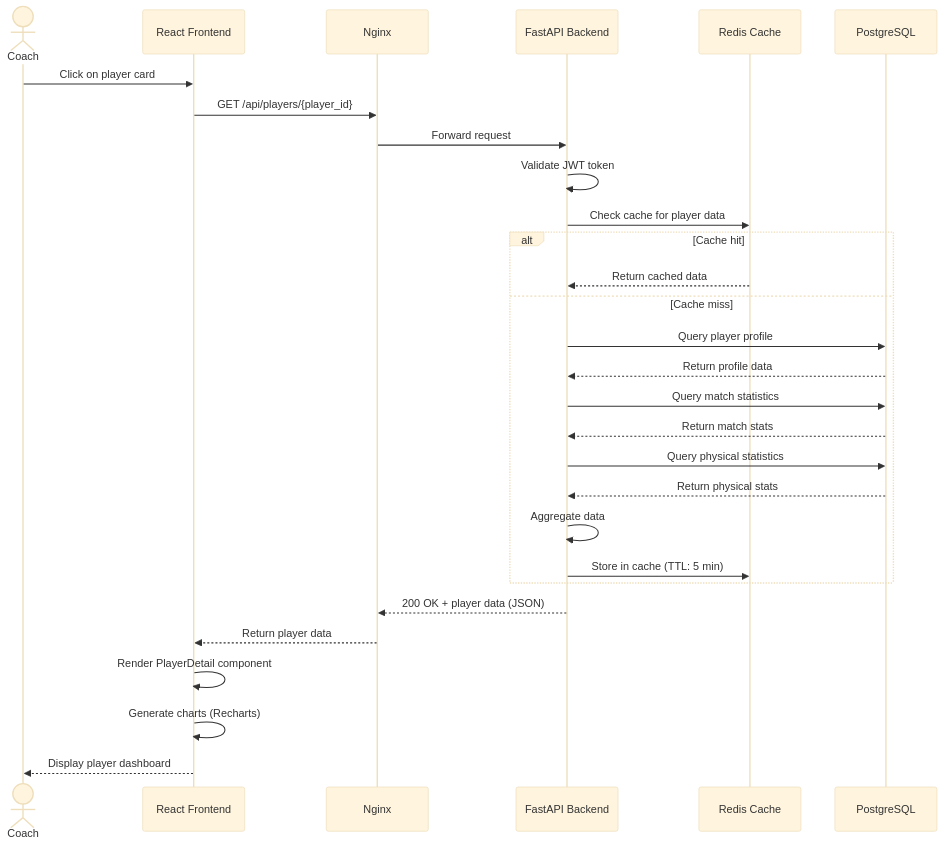
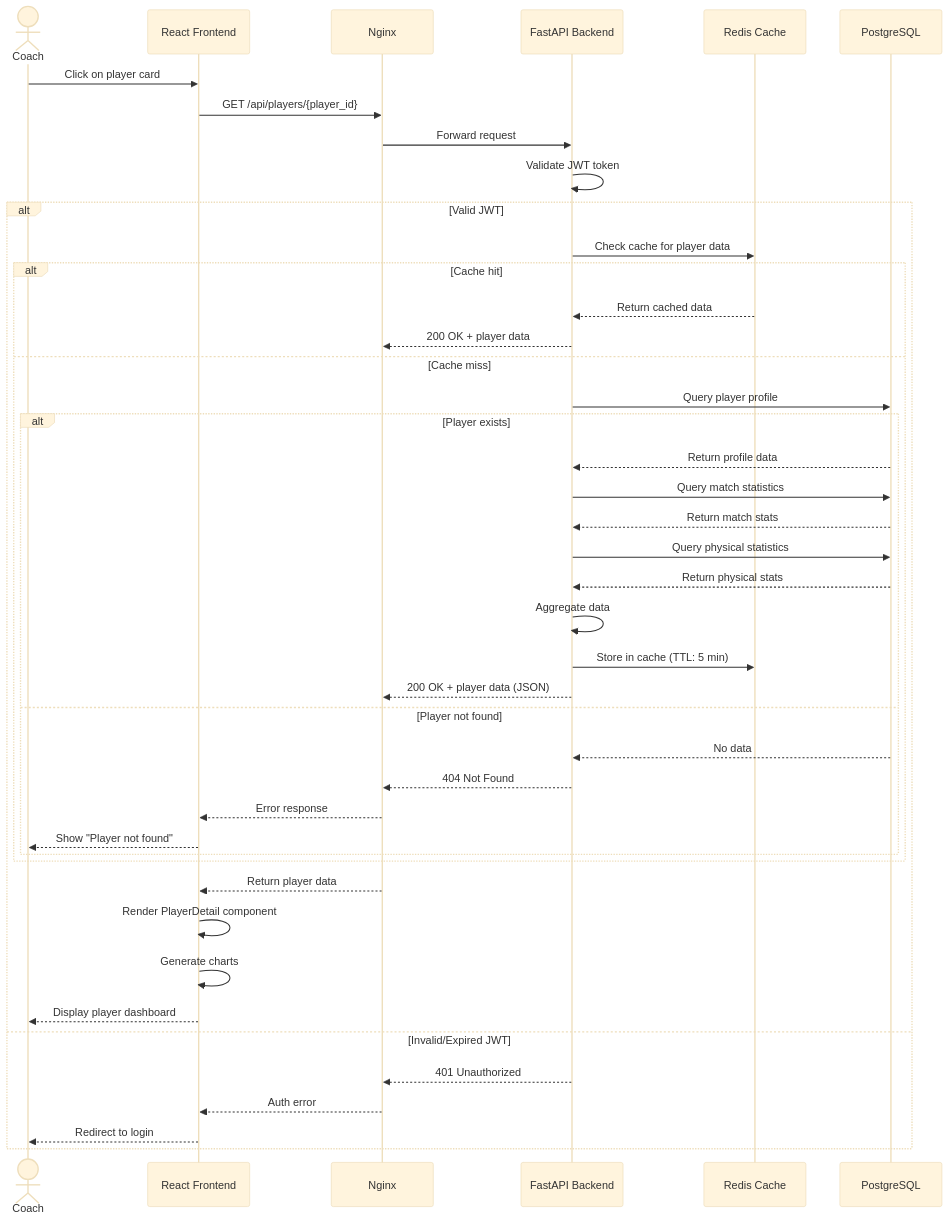
One commit to loicleguen/Portfolio-Project changed the sixth of 7 diagrams in README.md. Above: the diagram before and after it, drawn with Mermaid (base theme). The commit also changed other lines of this file, not shown here.

Commit message:
Enhance sequence diagrams in README.md with detailed user authentication and CSV import flows

````diff
--- a/README.md
+++ b/README.md
@@ -783,35 +817,50 @@
 ```mermaid
 sequenceDiagram
     actor Coach
     participant Frontend as React Frontend
     participant Nginx
     participant Backend as FastAPI Backend
     participant Redis as Redis Cache
     participant DB as PostgreSQL
     
     Coach->>Frontend: Click on player card
     Frontend->>Nginx: GET /api/players/{player_id}
     Nginx->>Backend: Forward request
     Backend->>Backend: Validate JWT token
     
-    Backend->>Redis: Check cache for player data
-    
-    alt Cache hit
-        Redis-->>Backend: Return cached data
-    else Cache miss
-        Backend->>DB: Query player profile
-        DB-->>Backend: Return profile data
-        Backend->>DB: Query match statistics
-        DB-->>Backend: Return match stats
-        Backend->>DB: Query physical statistics
-        DB-->>Backend: Return physical stats
-        Backend->>Backend: Aggregate data
-        Backend->>Redis: Store in cache (TTL: 5 min)
+    alt Valid JWT
+        Backend->>Redis: Check cache for player data
+        
+        alt Cache hit
+            Redis-->>Backend: Return cached data
+            Backend-->>Nginx: 200 OK + player data
+        else Cache miss
+            Backend->>DB: Query player profile
+            
+            alt Player exists
+                DB-->>Backend: Return profile data
+                Backend->>DB: Query match statistics
+                DB-->>Backend: Return match stats
+                Backend->>DB: Query physical statistics
+                DB-->>Backend: Return physical stats
+                Backend->>Backend: Aggregate data
+                Backend->>Redis: Store in cache (TTL: 5 min)
+                Backend-->>Nginx: 200 OK + player data (JSON)
+            else Player not found
+                DB-->>Backend: No data
+                Backend-->>Nginx: 404 Not Found
+                Nginx-->>Frontend: Error response
+                Frontend-->>Coach: Show "Player not found"
+            end
+        end
+        
+        Nginx-->>Frontend: Return player data
+        Frontend->>Frontend: Render PlayerDetail component
+        Frontend->>Frontend: Generate charts
+        Frontend-->>Coach: Display player dashboard
+    else Invalid/Expired JWT
+        Backend-->>Nginx: 401 Unauthorized
+        Nginx-->>Frontend: Auth error
+        Frontend-->>Coach: Redirect to login
     end
-    
-    Backend-->>Nginx: 200 OK + player data (JSON)
-    Nginx-->>Frontend: Return player data
-    Frontend->>Frontend: Render PlayerDetail component
-    Frontend->>Frontend: Generate charts (Recharts)
-    Frontend-->>Coach: Display player dashboard
 ```
````
